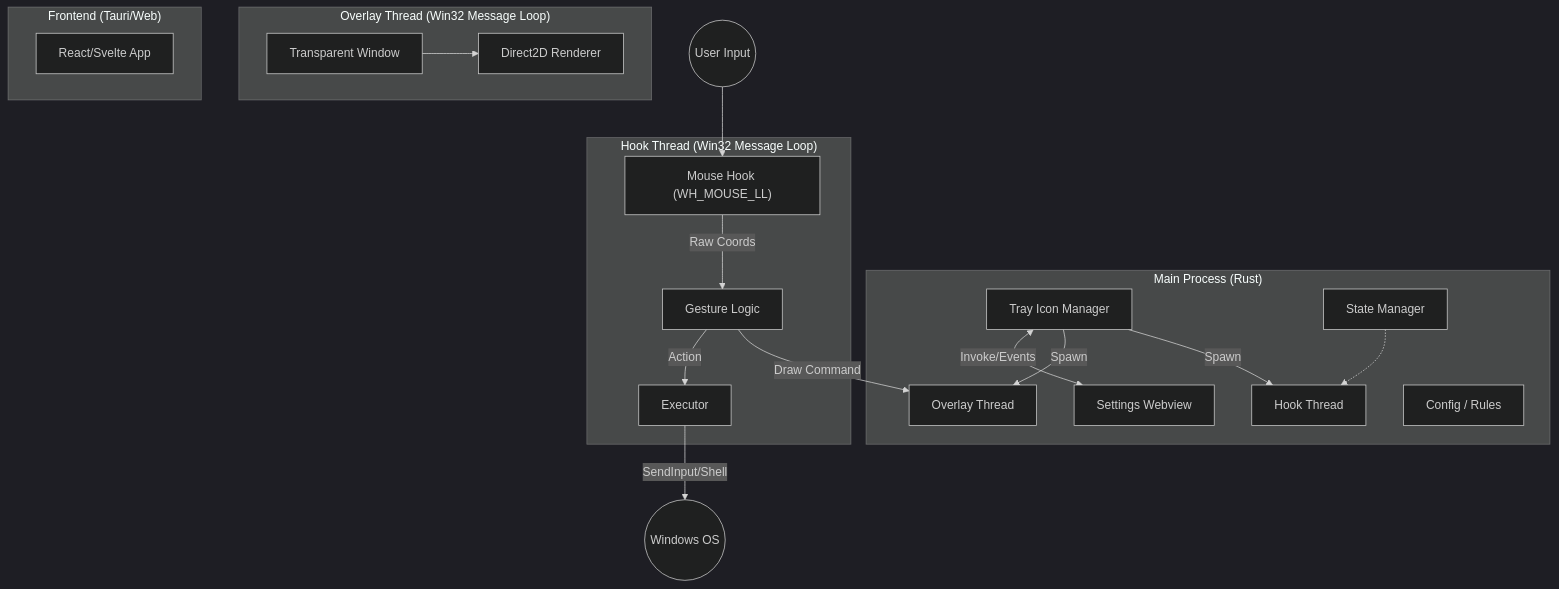
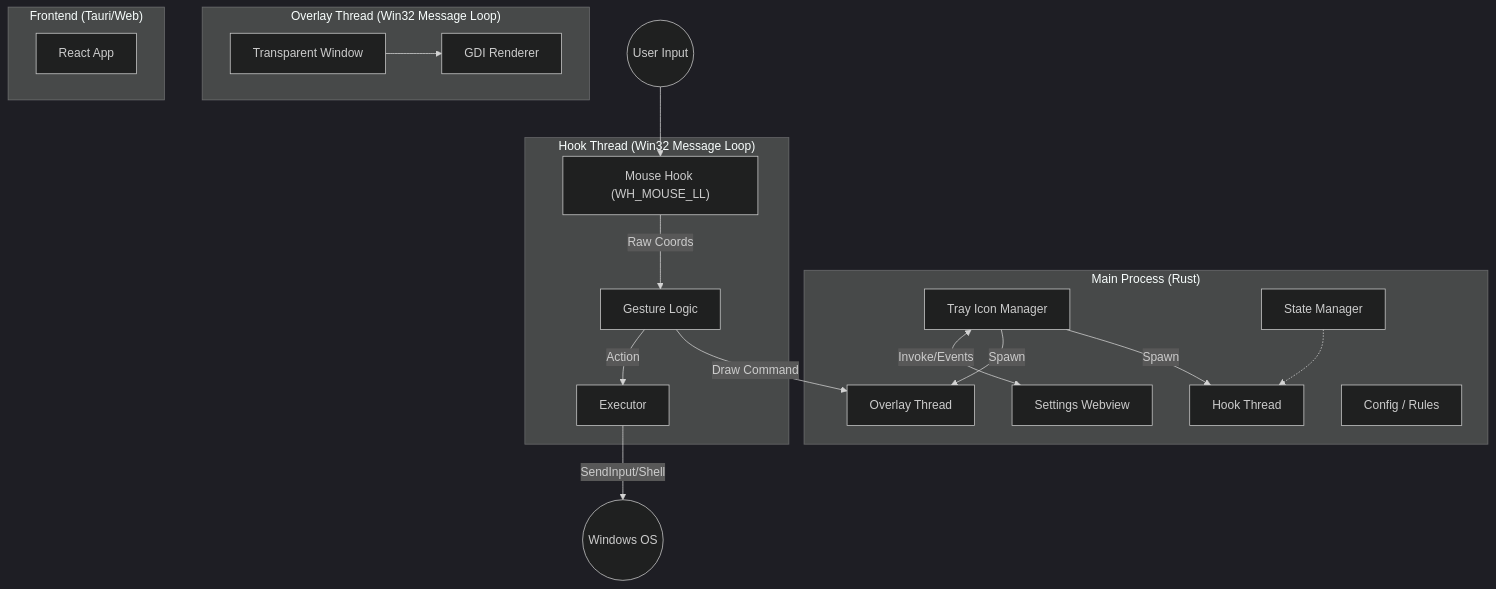
One commit to r4ai/zero-gesture changed the diagram in docs/architecture.md. Above: the diagram before and after it, drawn with Mermaid (dark theme). The commit also changed other lines of this file, not shown here.

First line of the commit message:
docs: sync architecture.md with actual implementation (#29)

````diff
--- a/docs/architecture.md
+++ b/docs/architecture.md
@@ -18,35 +18,34 @@
 ```mermaid
 graph TD
     subgraph "Main Process (Rust)"
         T[Tray Icon Manager] -->|Spawn| H[Hook Thread]
         T -->|Spawn| O[Overlay Thread]
         T <-->|Invoke/Events| W[Settings Webview]
 
         SM[State Manager]
         note1[Config / Rules]
         SM -.-> H
     end
 
     subgraph "Hook Thread (Win32 Message Loop)"
         HM["Mouse Hook (WH_MOUSE_LL)"]
         GL[Gesture Logic]
 
         HM -->|Raw Coords| GL
         GL -->|Draw Command| O
         GL -->|Action| EX[Executor]
     end
 
     subgraph "Overlay Thread (Win32 Message Loop)"
         WIN[Transparent Window]
-        D2D[Direct2D Renderer]
 
-        WIN --> D2D
+        WIN --> GDI[GDI Renderer]
     end
 
     subgraph "Frontend (Tauri/Web)"
-        UI[React/Svelte App]
+        UI[React App]
     end
 
     User((User Input)) --> HM
     EX -->|SendInput/Shell| OS((Windows OS))
 ```
````
